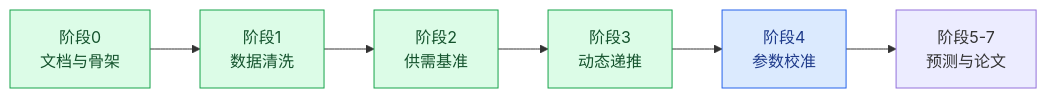
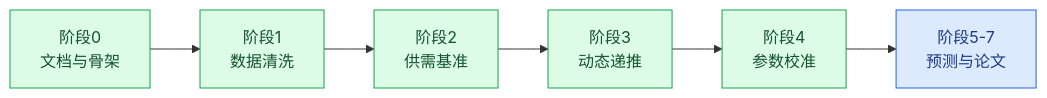
The diagram in docs/00_文档导航.md (Timcai06/-A-), drawn with Mermaid before and after one commit. The commit also changed other lines of this file and 17 other files, not shown here.

````diff
--- a/docs/00_文档导航.md
+++ b/docs/00_文档导航.md
@@ -30,17 +30,18 @@
 ```mermaid
 flowchart LR
     A["阶段0<br/>文档与骨架"] --> B["阶段1<br/>数据清洗"]
     B --> C["阶段2<br/>供需基准"]
     C --> D["阶段3<br/>动态递推"]
     D --> E["阶段4<br/>参数校准"]
     E --> F["阶段5-7<br/>预测与论文"]
 
     A:::done
     B:::done
     C:::done
     D:::done
-    E:::next
+    E:::done
+    F:::next
 
     classDef done fill:#dcfce7,stroke:#16a34a,color:#14532d
     classDef next fill:#dbeafe,stroke:#2563eb,color:#1e3a8a
 ```
````
